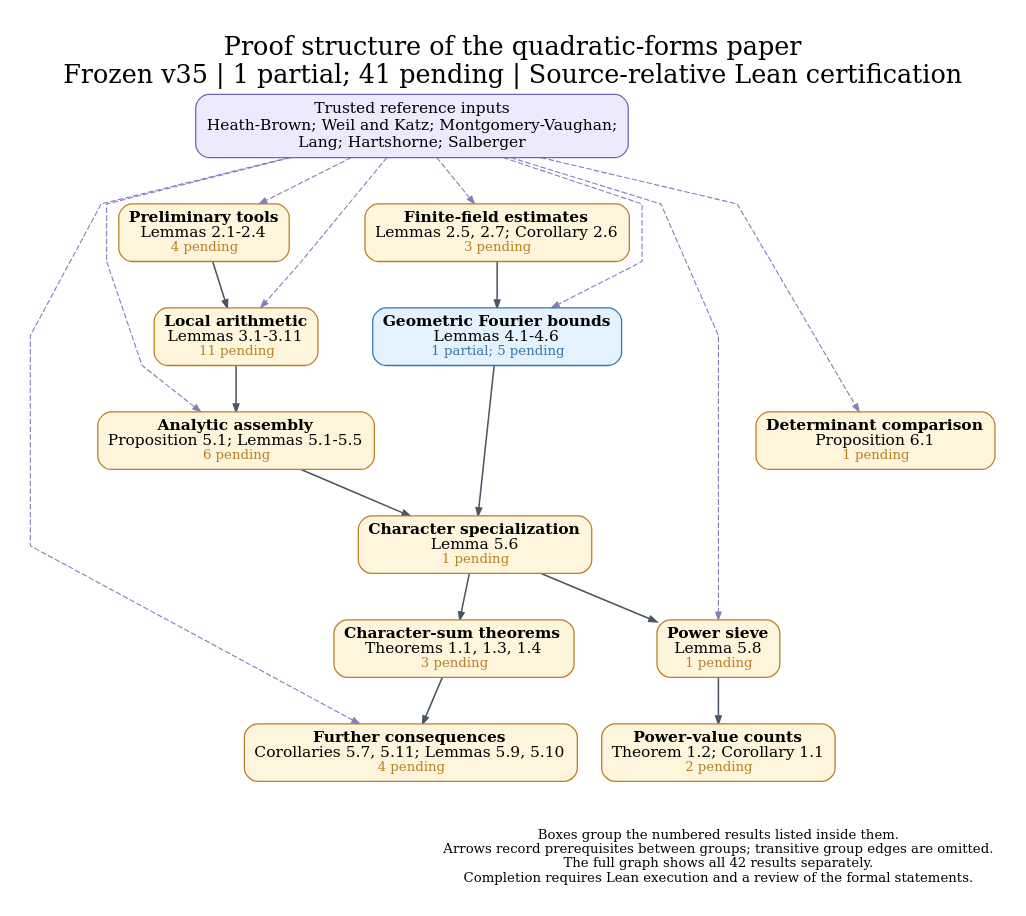
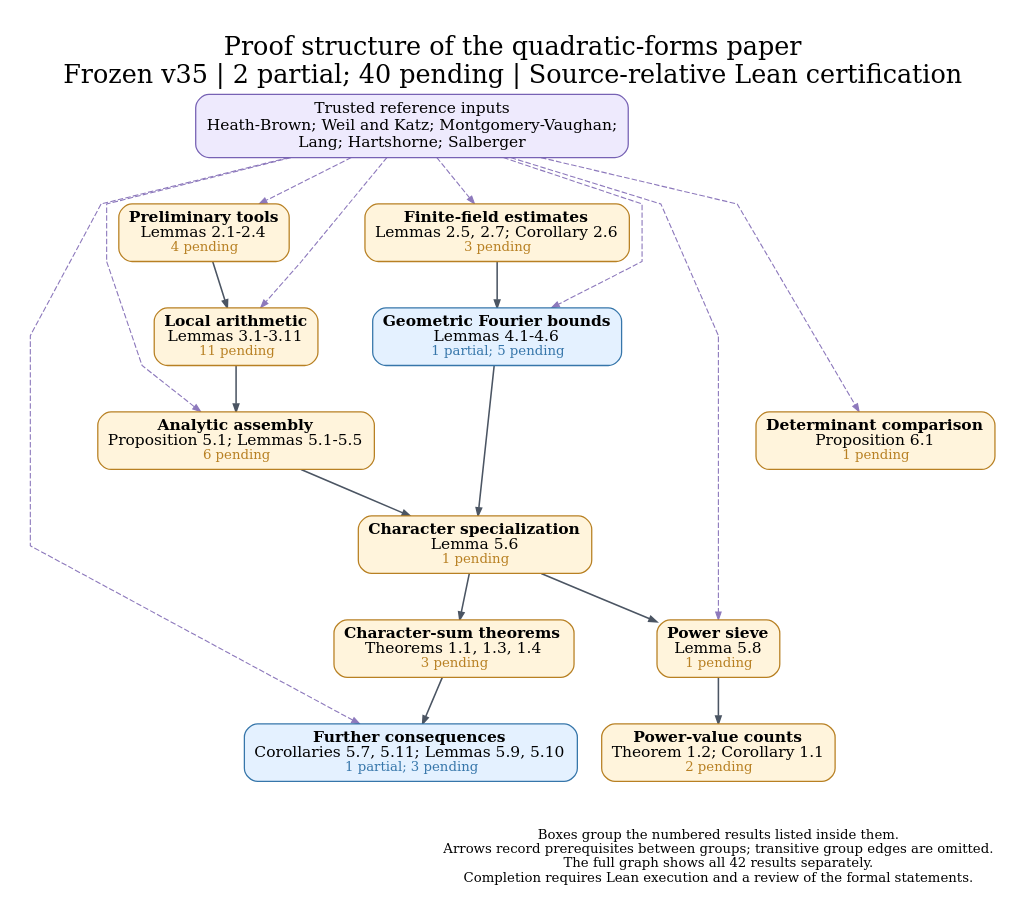
The diagram in docs/dependency_overview.dot (nicolasrobles/quaternary-quadratic-forms), drawn with Graphviz before and after one commit. The commit also changed 23 other files, not shown here.

```diff
--- a/docs/dependency_overview.dot
+++ b/docs/dependency_overview.dot
@@ -1,43 +1,43 @@
 digraph Overview {
 graph [rankdir=TB, newrank=true, compound=true, outputorder=edgesfirst,
   bgcolor="white", fontname="DejaVu Serif", fontsize=23, labelloc=t,
-  label="Proof structure of the quadratic-forms paper\nFrozen v35 | 1 partial; 41 pending | Source-relative Lean certification",
+  label="Proof structure of the quadratic-forms paper\nFrozen v35 | 2 partial; 40 pending | Source-relative Lean certification",
   nodesep=0.30, ranksep=0.58, pad=0.28, splines=polyline];
 node [shape=box, style="rounded,filled", fillcolor="#fff4dc", color="#b88023",
   fontname="DejaVu Serif", fontsize=14, penwidth=1.15, margin="0.12,0.09"];
 edge [color="#4b5563", arrowsize=0.70, penwidth=1.05];
 sources [label="Trusted reference inputs\nHeath-Brown; Weil and Katz; Montgomery-Vaughan;\nLang; Hartshorne; Salberger", fillcolor="#eeeafd", color="#7762b4", fontsize=14];
 "prelim" [label=<<B>Preliminary tools</B><BR/>Lemmas 2.1-2.4<BR/><FONT POINT-SIZE="12" COLOR="#b88023">4 pending</FONT>>, fillcolor="#fff4dc", color="#b88023", URL="https://github.com/nicolasrobles/quaternary-quadratic-forms/blob/main/INVENTORY.md", target="_blank"];
 "finite" [label=<<B>Finite-field estimates</B><BR/>Lemmas 2.5, 2.7; Corollary 2.6<BR/><FONT POINT-SIZE="12" COLOR="#b88023">3 pending</FONT>>, fillcolor="#fff4dc", color="#b88023", URL="https://github.com/nicolasrobles/quaternary-quadratic-forms/blob/main/INVENTORY.md", target="_blank"];
 "local" [label=<<B>Local arithmetic</B><BR/>Lemmas 3.1-3.11<BR/><FONT POINT-SIZE="12" COLOR="#b88023">11 pending</FONT>>, fillcolor="#fff4dc", color="#b88023", URL="https://github.com/nicolasrobles/quaternary-quadratic-forms/blob/main/INVENTORY.md", target="_blank"];
 "fourier" [label=<<B>Geometric Fourier bounds</B><BR/>Lemmas 4.1-4.6<BR/><FONT POINT-SIZE="12" COLOR="#3676aa">1 partial; 5 pending</FONT>>, fillcolor="#e4f1ff", color="#3676aa", URL="https://github.com/nicolasrobles/quaternary-quadratic-forms/blob/main/INVENTORY.md", target="_blank"];
 "analytic" [label=<<B>Analytic assembly</B><BR/>Proposition 5.1; Lemmas 5.1-5.5<BR/><FONT POINT-SIZE="12" COLOR="#b88023">6 pending</FONT>>, fillcolor="#fff4dc", color="#b88023", URL="https://github.com/nicolasrobles/quaternary-quadratic-forms/blob/main/INVENTORY.md", target="_blank"];
 "characters" [label=<<B>Character specialization</B><BR/>Lemma 5.6<BR/><FONT POINT-SIZE="12" COLOR="#b88023">1 pending</FONT>>, fillcolor="#fff4dc", color="#b88023", URL="https://github.com/nicolasrobles/quaternary-quadratic-forms/blob/main/INVENTORY.md", target="_blank"];
 "sieve" [label=<<B>Power sieve</B><BR/>Lemma 5.8<BR/><FONT POINT-SIZE="12" COLOR="#b88023">1 pending</FONT>>, fillcolor="#fff4dc", color="#b88023", URL="https://github.com/nicolasrobles/quaternary-quadratic-forms/blob/main/INVENTORY.md", target="_blank"];
-"consequences" [label=<<B>Further consequences</B><BR/>Corollaries 5.7, 5.11; Lemmas 5.9, 5.10<BR/><FONT POINT-SIZE="12" COLOR="#b88023">4 pending</FONT>>, fillcolor="#fff4dc", color="#b88023", URL="https://github.com/nicolasrobles/quaternary-quadratic-forms/blob/main/INVENTORY.md", target="_blank"];
+"consequences" [label=<<B>Further consequences</B><BR/>Corollaries 5.7, 5.11; Lemmas 5.9, 5.10<BR/><FONT POINT-SIZE="12" COLOR="#3676aa">1 partial; 3 pending</FONT>>, fillcolor="#e4f1ff", color="#3676aa", URL="https://github.com/nicolasrobles/quaternary-quadratic-forms/blob/main/INVENTORY.md", target="_blank"];
 "maincharacters" [label=<<B>Character-sum theorems</B><BR/>Theorems 1.1, 1.3, 1.4<BR/><FONT POINT-SIZE="12" COLOR="#b88023">3 pending</FONT>>, fillcolor="#fff4dc", color="#b88023", URL="https://github.com/nicolasrobles/quaternary-quadratic-forms/blob/main/INVENTORY.md", target="_blank"];
 "mainpowers" [label=<<B>Power-value counts</B><BR/>Theorem 1.2; Corollary 1.1<BR/><FONT POINT-SIZE="12" COLOR="#b88023">2 pending</FONT>>, fillcolor="#fff4dc", color="#b88023", URL="https://github.com/nicolasrobles/quaternary-quadratic-forms/blob/main/INVENTORY.md", target="_blank"];
 "fixed" [label=<<B>Determinant comparison</B><BR/>Proposition 6.1<BR/><FONT POINT-SIZE="12" COLOR="#b88023">1 pending</FONT>>, fillcolor="#fff4dc", color="#b88023", URL="https://github.com/nicolasrobles/quaternary-quadratic-forms/blob/main/INVENTORY.md", target="_blank"];
 "analytic" -> "characters" [penwidth=1.4];
 "characters" -> "maincharacters" [penwidth=1.4];
 "characters" -> "sieve" [penwidth=1.4];
 "finite" -> "fourier" [penwidth=1.4];
 "fourier" -> "characters" [penwidth=1.4];
 "local" -> "analytic" [penwidth=1.4];
 "maincharacters" -> "consequences" [penwidth=1.4];
 "prelim" -> "local" [penwidth=1.4];
 "sieve" -> "mainpowers" [penwidth=1.4];
 sources -> "analytic" [style=dashed, color="#8d79bc", penwidth=1.0];
 sources -> "consequences" [style=dashed, color="#8d79bc", penwidth=1.0];
 sources -> "finite" [style=dashed, color="#8d79bc", penwidth=1.0];
 sources -> "fixed" [style=dashed, color="#8d79bc", penwidth=1.0];
 sources -> "fourier" [style=dashed, color="#8d79bc", penwidth=1.0];
 sources -> "local" [style=dashed, color="#8d79bc", penwidth=1.0];
 sources -> "prelim" [style=dashed, color="#8d79bc", penwidth=1.0];
 sources -> "sieve" [style=dashed, color="#8d79bc", penwidth=1.0];
 legend [shape=plain, style="", label="Boxes group the numbered results listed inside them.\nArrows record prerequisites between groups; transitive group edges are omitted.\nThe full graph shows all 42 results separately.\nCompletion requires Lean execution and a review of the formal statements.", fontsize=12];
 {rank=sink; legend;}
 "consequences" -> legend [style=invis];
 "fixed" -> legend [style=invis];
 "mainpowers" -> legend [style=invis];
 }
```
